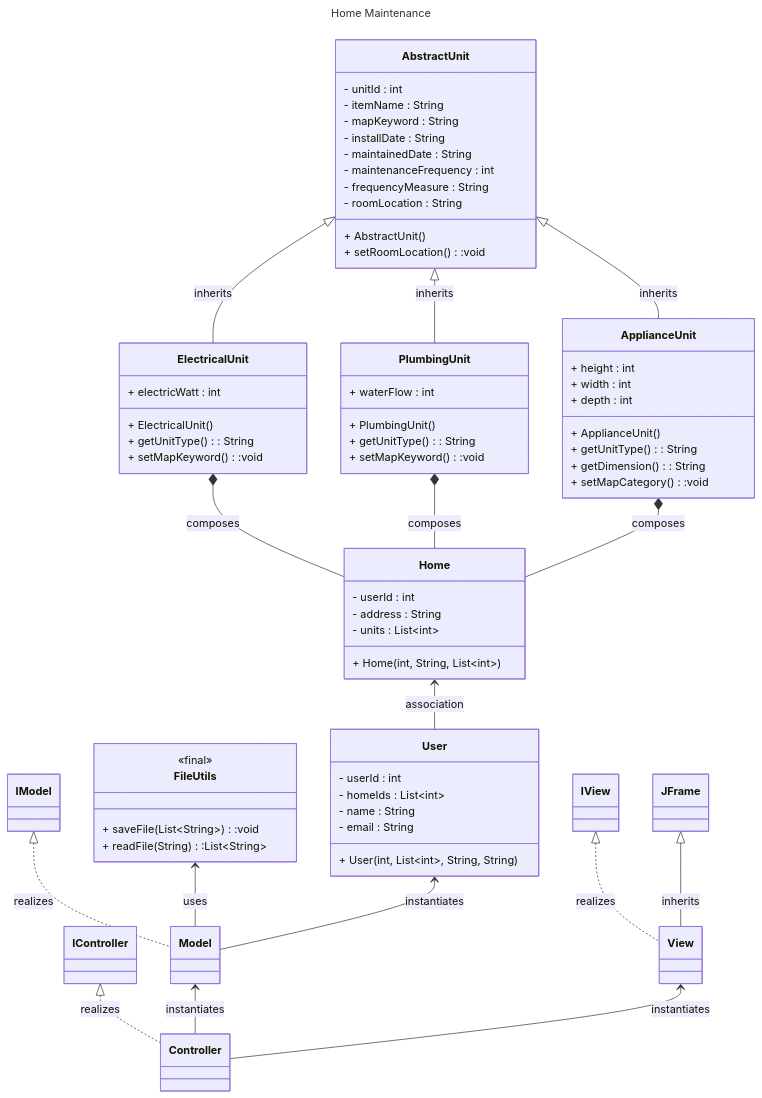
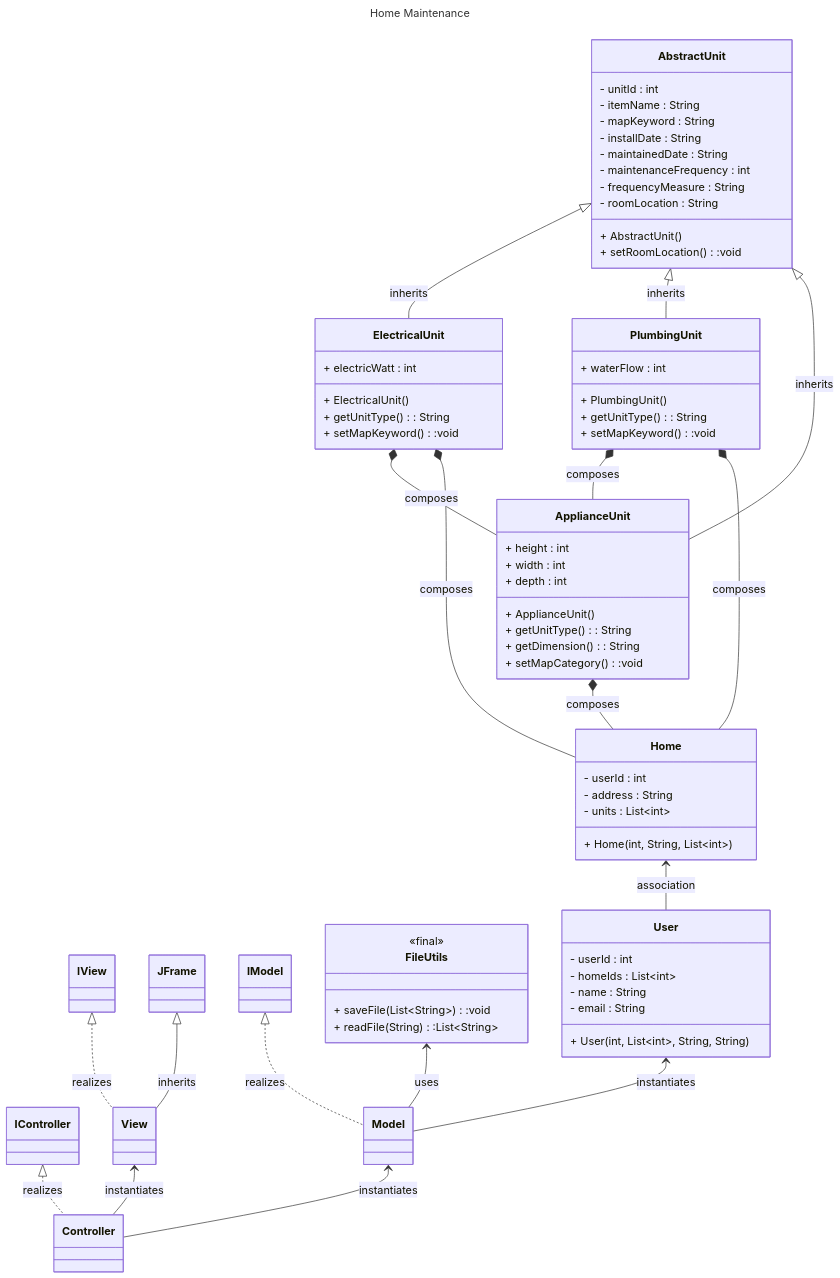
Before and after one commit to Sp25-CS5004-Online-Lionelle/final-project-group-4: the diagram in DesignDocuments/DesignDocument.md, drawn with Mermaid. The commit also changed other lines of this file, not shown here.

Commit message:
initial design adjustment

```diff
--- a/DesignDocuments/DesignDocument.md
+++ b/DesignDocuments/DesignDocument.md
@@ -22,6 +22,8 @@
     AbstractUnit <|-- ElectricalUnit : inherits
     AbstractUnit <|-- PlumbingUnit : inherits
     AbstractUnit <|-- ApplianceUnit : inherits
+    ElectricalUnit *-- ApplianceUnit : composes
+    PlumbingUnit *-- ApplianceUnit : composes
     ElectricalUnit *-- Home : composes
     PlumbingUnit *-- Home : composes
     ApplianceUnit *-- Home : composes
```
